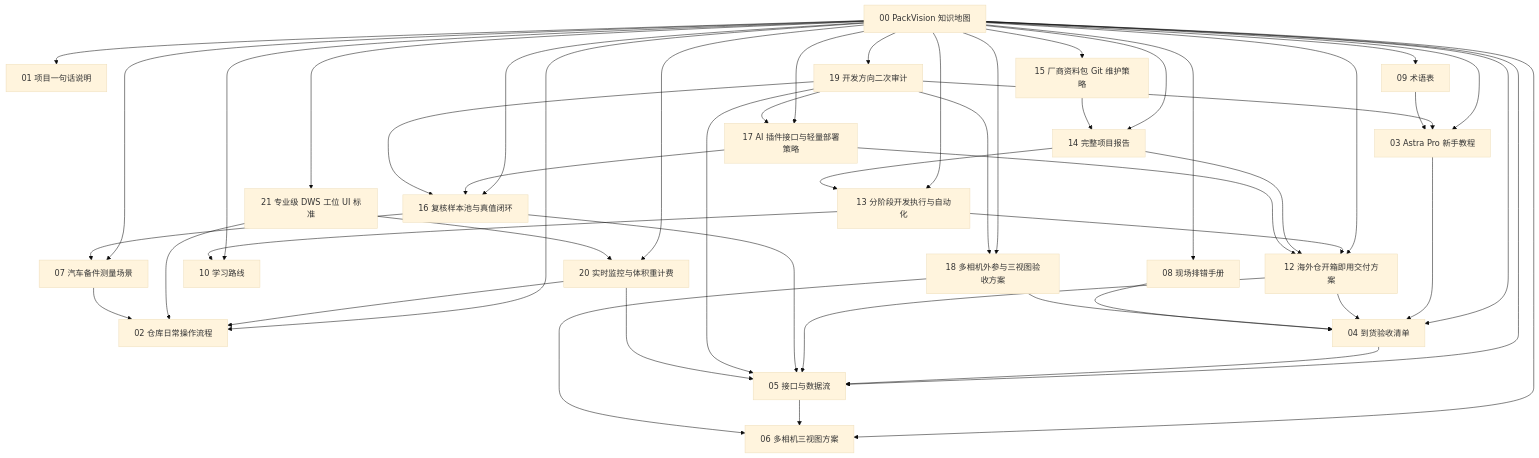
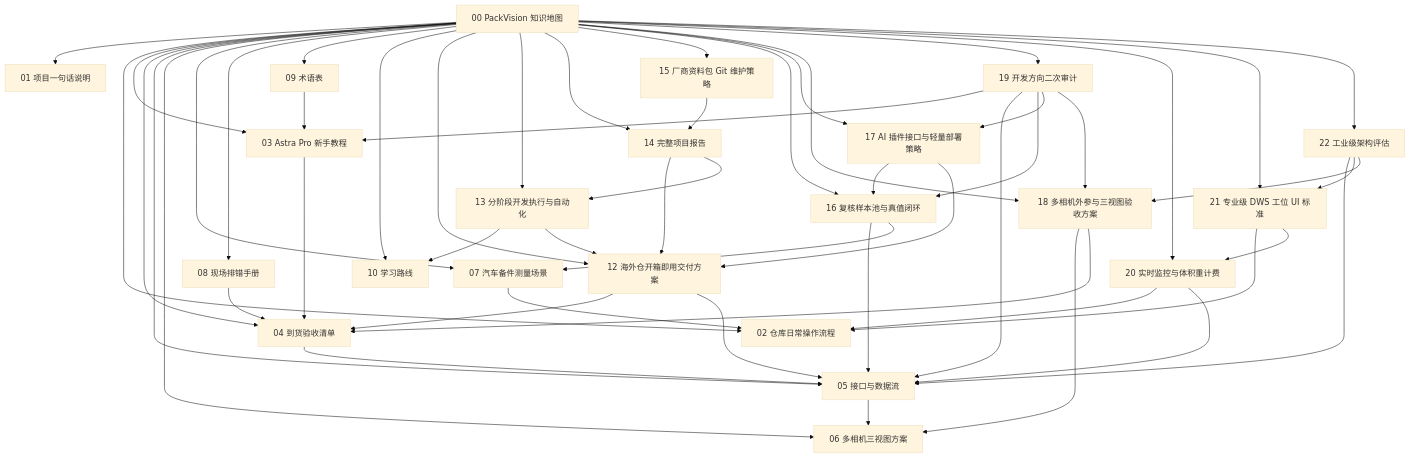
One commit to BilibiliSZdaomei/packvision changed the diagram in docs_obsidian/PackVision/00 PackVision 知识地图.md. Above: the diagram before and after it, drawn with Mermaid (base theme). The commit also changed other lines of this file and 13 other files, not shown here.

````diff
--- a/docs_obsidian/PackVision/00 PackVision 知识地图.md
+++ b/docs_obsidian/PackVision/00 PackVision 知识地图.md
@@ -45,51 +46,55 @@
 ```mermaid
 graph TD
   A["00 PackVision 知识地图"] --> B["01 项目一句话说明"]
   A --> C["02 仓库日常操作流程"]
   A --> D["03 Astra Pro 新手教程"]
   A --> E["04 到货验收清单"]
   A --> F["05 接口与数据流"]
   A --> G["06 多相机三视图方案"]
   A --> H["07 汽车备件测量场景"]
   A --> I["08 现场排错手册"]
   A --> J["09 术语表"]
   A --> K["10 学习路线"]
   A --> L["12 海外仓开箱即用交付方案"]
   A --> M["13 分阶段开发执行与自动化"]
   A --> N["14 完整项目报告"]
   A --> O["15 厂商资料包 Git 维护策略"]
   A --> P["16 复核样本池与真值闭环"]
   A --> Q["17 AI 插件接口与轻量部署策略"]
   A --> R["18 多相机外参与三视图验收方案"]
   A --> S["19 开发方向二次审计"]
   A --> T["20 实时监控与体积重计费"]
   A --> U["21 专业级 DWS 工位 UI 标准"]
+  A --> V["22 工业级架构评估"]
   D --> E
   E --> F
   F --> G
   L --> E
   L --> F
   M --> K
   M --> L
   N --> L
   N --> M
   O --> N
   P --> F
   P --> H
   Q --> P
   Q --> L
   R --> G
   R --> E
   S --> D
   S --> F
   S --> P
   S --> Q
   S --> R
   T --> C
   T --> F
   U --> C
   U --> T
+  V --> F
+  V --> U
+  V --> R
   H --> C
   I --> E
   J --> D
 ```
````
